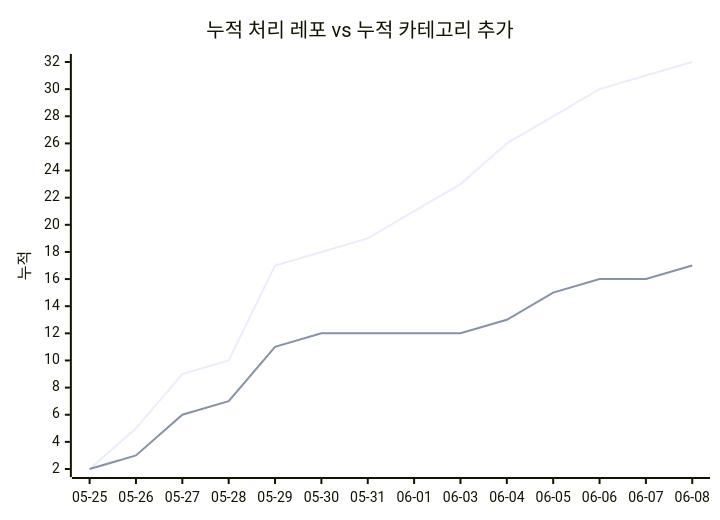
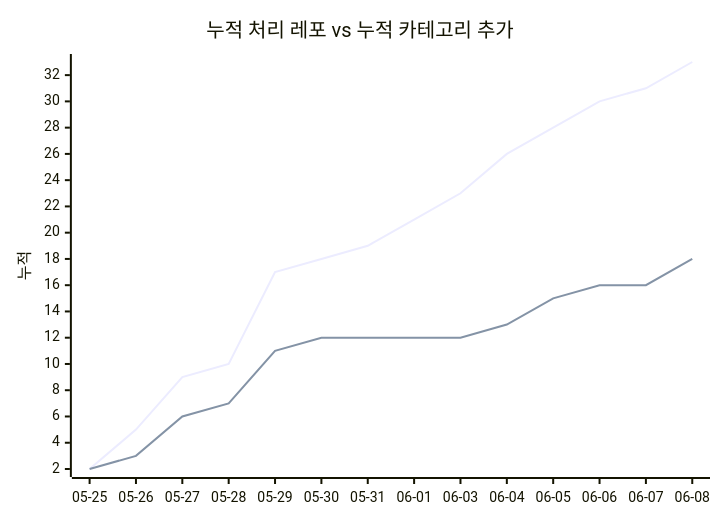
The second of 2 diagrams in docs/trends.md (J-nowcow/awesome-korean-agent-skills), drawn with Mermaid before and after one commit. The commit also changed other lines of this file and 4 other files, not shown here.

````diff
--- a/docs/trends.md
+++ b/docs/trends.md
@@ -68,8 +68,8 @@
 ```mermaid
 xychart-beta
     title "누적 처리 레포 vs 누적 카테고리 추가"
     x-axis ["05-25","05-26","05-27","05-28","05-29","05-30","05-31","06-01","06-03","06-04","06-05","06-06","06-07","06-08"]
     y-axis "누적"
-    line [2,5,9,10,17,18,19,21,23,26,28,30,31,32]
-    line [2,3,6,7,11,12,12,12,12,13,15,16,16,17]
+    line [2,5,9,10,17,18,19,21,23,26,28,30,31,33]
+    line [2,3,6,7,11,12,12,12,12,13,15,16,16,18]
 ```
````
